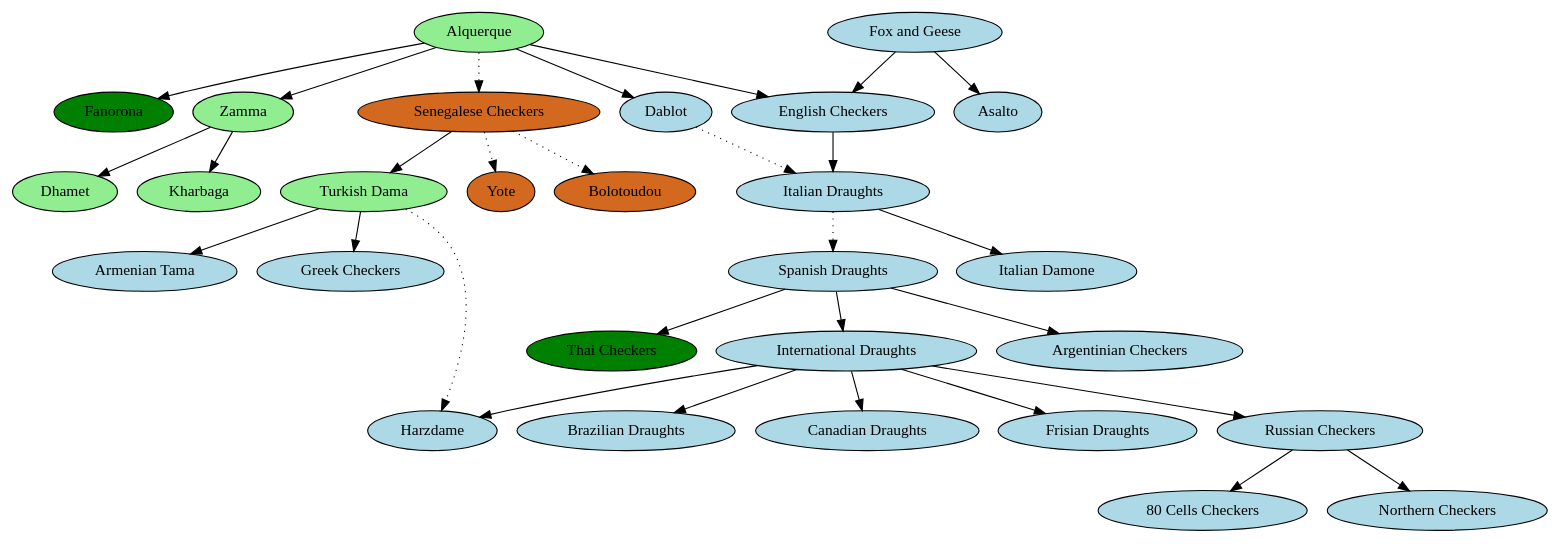
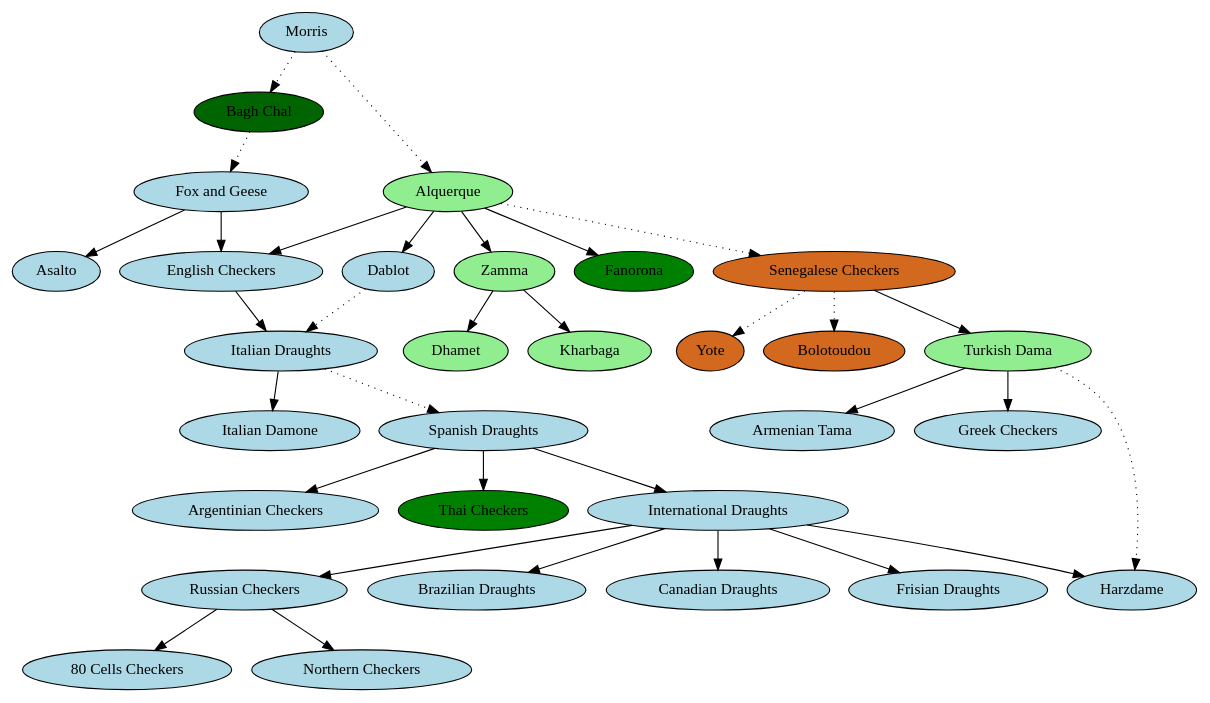
One commit to stepney141/GlukKazan.github.io changed the diagram in checkers/checkers.gv. Above: the diagram before and after it, drawn with Graphviz. The commit also changed 1 other file, not shown here.

```diff
--- a/checkers/checkers.gv
+++ b/checkers/checkers.gv
@@ -1,61 +1,66 @@
 digraph checkers {
+    "Morris"[style="filled",fillcolor="lightblue"];
+    "Bagh Chal"[style="filled",fillcolor="darkgreen"];
     "Alquerque"[style="filled",fillcolor="lightgreen"];
     "Zamma"[style="filled",fillcolor="lightgreen"];
     "Dhamet"[style="filled",fillcolor="lightgreen"];
     "Kharbaga"[style="filled",fillcolor="lightgreen"];
     "Dablot"[style="filled",fillcolor="lightblue"];
     "Fox and Geese"[style="filled",fillcolor="lightblue"];
     "Asalto"[style="filled",fillcolor="lightblue"];
     "Fanorona"[style="filled",fillcolor="green"];
 
     "Senegalese Checkers"[style="filled",fillcolor="chocolate"];
     "Yote"[style="filled",fillcolor="chocolate"];
     "Bolotoudou"[style="filled",fillcolor="chocolate"];
     "Turkish Dama"[style="filled",fillcolor="lightgreen"];
     "Armenian Tama"[style="filled",fillcolor="lightblue"];
     "Greek Checkers"[style="filled",fillcolor="lightblue"];
     "English Checkers"[style="filled",fillcolor="lightblue"];
     "Italian Draughts"[style="filled",fillcolor="lightblue"];
     "Italian Damone"[style="filled",fillcolor="lightblue"];
     "Spanish Draughts"[style="filled",fillcolor="lightblue"];
     "Argentinian Checkers"[style="filled",fillcolor="lightblue"];
     "Thai Checkers"[style="filled",fillcolor="green"];
     "International Draughts"[style="filled",fillcolor="lightblue"];
     "Russian Checkers"[style="filled",fillcolor="lightblue"];
     "80 Cells Checkers"[style="filled",fillcolor="lightblue"];
     "Northern Checkers"[style="filled",fillcolor="lightblue"];
     "Brazilian Draughts"[style="filled",fillcolor="lightblue"];
     "Canadian Draughts"[style="filled",fillcolor="lightblue"];
     "Harzdame"[style="filled",fillcolor="lightblue"];
     "Frisian Draughts"[style="filled",fillcolor="lightblue"];
 
+    "Morris" -> "Bagh Chal"[style=dotted];
+    "Morris" -> "Alquerque"[style=dotted];
+    "Bagh Chal" -> "Fox and Geese"[style=dotted];
     "Alquerque" -> "Zamma";
     "Alquerque" -> "Dablot";
     "Zamma" -> "Dhamet";
     "Zamma" -> "Kharbaga";
     "Alquerque" -> "English Checkers";
     "Alquerque" -> "Fanorona";
     "Fox and Geese" -> "English Checkers";
     "Fox and Geese" -> "Asalto";
     "Alquerque" -> "Senegalese Checkers"[style=dotted];
     "Senegalese Checkers" -> "Turkish Dama";
     "Turkish Dama" -> "Greek Checkers";
     "Turkish Dama" -> "Armenian Tama";
     "Dablot" -> "Italian Draughts"[style=dotted];
     "International Draughts" -> "Harzdame";
     "English Checkers" -> "Italian Draughts";
     "Italian Draughts" -> "Italian Damone";
     "Italian Draughts" -> "Spanish Draughts"[style=dotted];
     "Spanish Draughts" -> "International Draughts";
     "Spanish Draughts" -> "Argentinian Checkers";
     "Spanish Draughts" -> "Thai Checkers";
     "International Draughts" -> "Russian Checkers";
     "International Draughts" -> "Brazilian Draughts";
     "International Draughts" -> "Canadian Draughts";
     "Russian Checkers" -> "80 Cells Checkers";
     "Russian Checkers" -> "Northern Checkers";
     "International Draughts" -> "Frisian Draughts";
     "Turkish Dama" -> "Harzdame"[style=dotted];
     "Senegalese Checkers" -> "Yote"[style=dotted];
     "Senegalese Checkers" -> "Bolotoudou"[style=dotted];
 }
```
